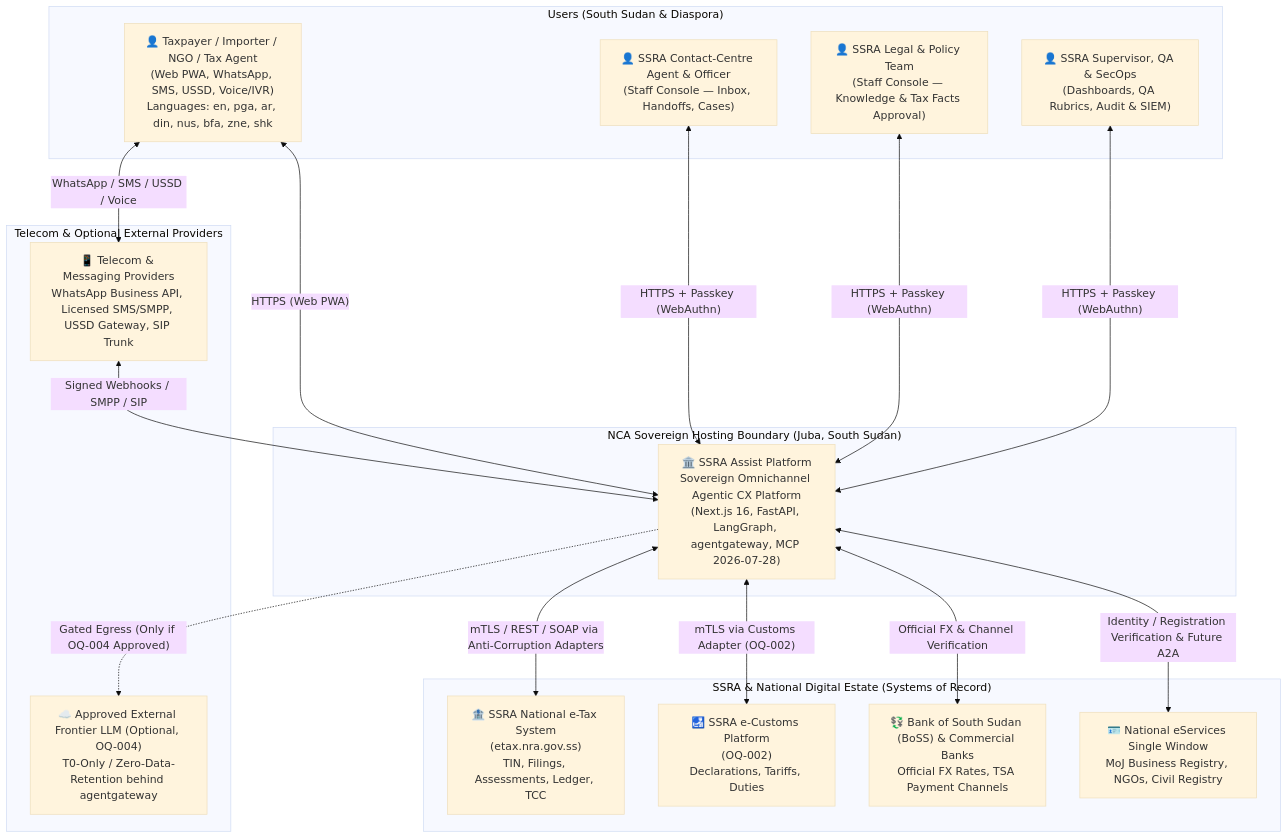
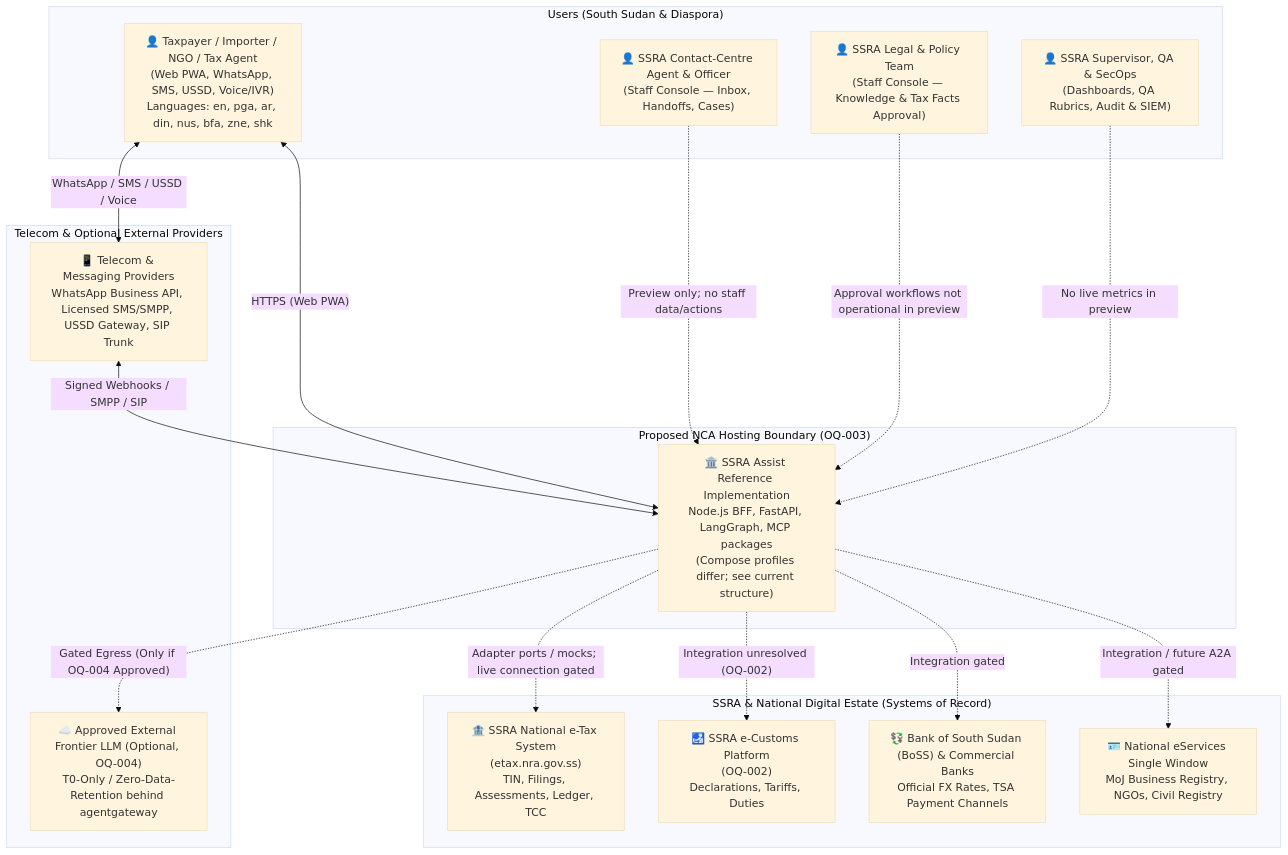
The first of 8 diagrams in docs/architecture/overview.md (mpairwe7/SSRA-CX), drawn with Mermaid (base theme) before and after one commit. The commit also changed other lines of this file and 3 other files, not shown here.

Commit message:
docs(architecture): reconcile current structure and flows

````diff
--- a/docs/architecture/overview.md
+++ b/docs/architecture/overview.md
@@ -59,39 +87,39 @@
 ```mermaid
 flowchart TB
     subgraph Users["Users (South Sudan & Diaspora)"]
         Taxpayer["👤 Taxpayer / Importer / NGO / Tax Agent\n(Web PWA, WhatsApp, SMS, USSD, Voice/IVR)\nLanguages: en, pga, ar, din, nus, bfa, zne, shk"]
         Agent["👤 SSRA Contact-Centre Agent & Officer\n(Staff Console — Inbox, Handoffs, Cases)"]
         Legal["👤 SSRA Legal & Policy Team\n(Staff Console — Knowledge & Tax Facts Approval)"]
         Supervisor["👤 SSRA Supervisor, QA & SecOps\n(Dashboards, QA Rubrics, Audit & SIEM)"]
     end
 
-    subgraph SovereignBoundary["NCA Sovereign Hosting Boundary (Juba, South Sudan)"]
-        SSRAAssist["🏛️ SSRA Assist Platform\nSovereign Omnichannel Agentic CX Platform\n(Next.js 16, FastAPI, LangGraph, agentgateway, MCP 2026-07-28)"]
+    subgraph SovereignBoundary["Proposed NCA Hosting Boundary (OQ-003)"]
+        SSRAAssist["🏛️ SSRA Assist Reference Implementation\nNode.js BFF, FastAPI, LangGraph, MCP packages\n(Compose profiles differ; see current structure)"]
     end
 
     subgraph ExternalEstate["SSRA & National Digital Estate (Systems of Record)"]
         ETax["🏦 SSRA National e-Tax System\n(etax.nra.gov.ss)\nTIN, Filings, Assessments, Ledger, TCC"]
         ECustoms["🛃 SSRA e-Customs Platform\n(OQ-002)\nDeclarations, Tariffs, Duties"]
         BoSS["💱 Bank of South Sudan (BoSS) & Commercial Banks\nOfficial FX Rates, TSA Payment Channels"]
         EServices["🪪 National eServices Single Window\nMoJ Business Registry, NGOs, Civil Registry"]
     end
 
     subgraph TelecomAndCloud["Telecom & Optional External Providers"]
         Telco["📱 Telecom & Messaging Providers\nWhatsApp Business API, Licensed SMS/SMPP, USSD Gateway, SIP Trunk"]
         ExtLLM["☁️ Approved External Frontier LLM (Optional, OQ-004)\nT0-Only / Zero-Data-Retention behind agentgateway"]
     end
 
     Taxpayer <-->|"HTTPS (Web PWA)"| SSRAAssist
     Taxpayer <-->|"WhatsApp / SMS / USSD / Voice"| Telco
     Telco <-->|"Signed Webhooks / SMPP / SIP"| SSRAAssist
 
-    Agent <-->|"HTTPS + Passkey (WebAuthn)"| SSRAAssist
-    Legal <-->|"HTTPS + Passkey (WebAuthn)"| SSRAAssist
-    Supervisor <-->|"HTTPS + Passkey (WebAuthn)"| SSRAAssist
+    Agent -.->|"Preview only; no staff data/actions"| SSRAAssist
+    Legal -.->|"Approval workflows not operational in preview"| SSRAAssist
+    Supervisor -.->|"No live metrics in preview"| SSRAAssist
 
-    SSRAAssist <-->|"mTLS / REST / SOAP via Anti-Corruption Adapters"| ETax
-    SSRAAssist <-->|"mTLS via Customs Adapter (OQ-002)"| ECustoms
-    SSRAAssist <-->|"Official FX & Channel Verification"| BoSS
-    SSRAAssist <-->|"Identity / Registration Verification & Future A2A"| EServices
+    SSRAAssist -.->|"Adapter ports / mocks; live connection gated"| ETax
+    SSRAAssist -.->|"Integration unresolved (OQ-002)"| ECustoms
+    SSRAAssist -.->|"Integration gated"| BoSS
+    SSRAAssist -.->|"Integration / future A2A gated"| EServices
     SSRAAssist -.->|"Gated Egress (Only if OQ-004 Approved)"| ExtLLM
 ```
````
